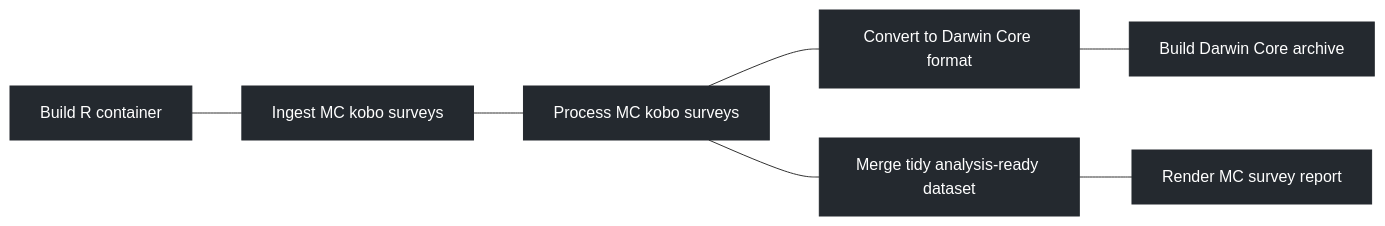
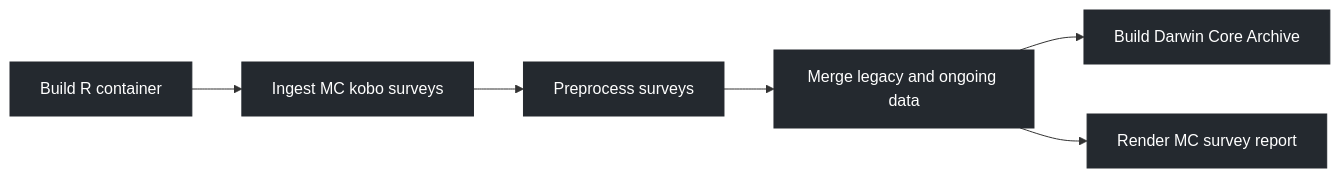
The diagram in inst/report/REPORT.qmd (ioledc/ZOOGoN-40Y), drawn with Mermaid before and after one commit. The commit also changed 5 other files, not shown here.

````diff
--- a/inst/report/REPORT.qmd
+++ b/inst/report/REPORT.qmd
@@ -72,12 +72,11 @@
 ```{mermaid}
 flowchart LR
-A[Build R container] --- B[Ingest MC kobo surveys]
-B --- C[Process MC kobo surveys]
-C --- E[Convert to Darwin Core format]
-E --- G[Build Darwin Core archive]
-C --- D[Merge tidy analysis-ready dataset]
-D --- F[Render MC survey report]
+A[Build R container] --> B[Ingest MC kobo surveys]
+B --> C[Preprocess surveys]
+C --> D[Merge legacy and ongoing data]
+D --> E[Build Darwin Core Archive]
+D --> F[Render MC survey report]
 
 classDef step fill:#24292f,color:#fff,stroke:#24292f
-class A,B,C,D,E,F,G step
+class A,B,C,D,E,F step
 ```
````
